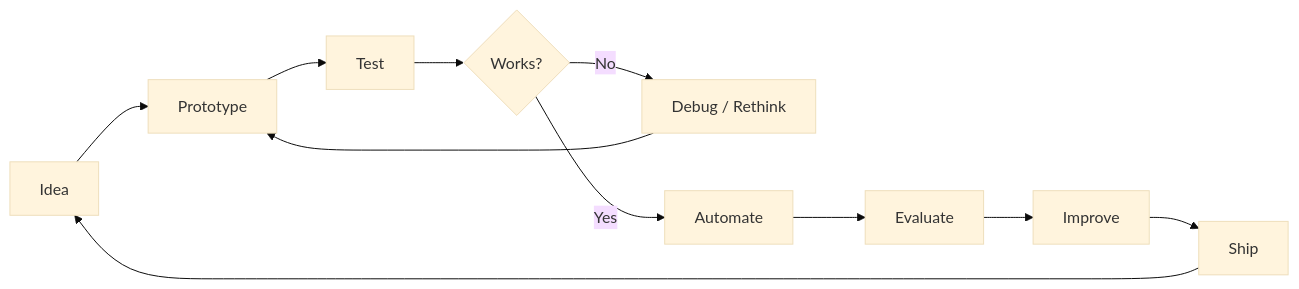
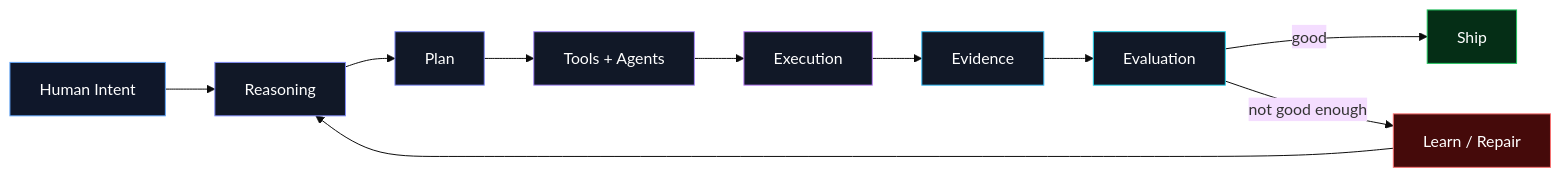
One commit to coolguytuff/coolguytuff changed the diagram in README.md. Above: the diagram before and after it, drawn with Mermaid (base theme). The commit also changed other lines of this file, not shown here.

````diff
--- a/README.md
+++ b/README.md
@@ -165,13 +149,22 @@
 ```mermaid
 flowchart LR
-    A[Idea] --> B[Prototype]
-    B --> C[Test]
-    C --> D{Works?}
-    D -- No --> E[Debug / Rethink]
-    E --> B
-    D -- Yes --> F[Automate]
-    F --> G[Evaluate]
-    G --> H[Improve]
-    H --> I[Ship]
-    I --> A
+    A[Human Intent] --> B[Reasoning]
+    B --> C[Plan]
+    C --> D[Tools + Agents]
+    D --> E[Execution]
+    E --> F[Evidence]
+    F --> G[Evaluation]
+    G -->|good| H[Ship]
+    G -->|not good enough| I[Learn / Repair]
+    I --> B
+
+    style A fill:#0f172a,stroke:#60a5fa,color:#fff
+    style B fill:#111827,stroke:#818cf8,color:#fff
+    style C fill:#111827,stroke:#818cf8,color:#fff
+    style D fill:#111827,stroke:#a78bfa,color:#fff
+    style E fill:#111827,stroke:#c084fc,color:#fff
+    style F fill:#111827,stroke:#38bdf8,color:#fff
+    style G fill:#111827,stroke:#22d3ee,color:#fff
+    style H fill:#052e16,stroke:#22c55e,color:#fff
+    style I fill:#450a0a,stroke:#f87171,color:#fff
 ```
````
